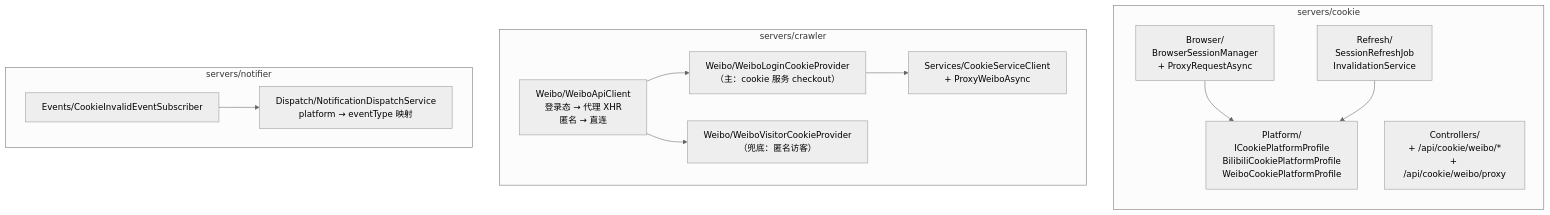
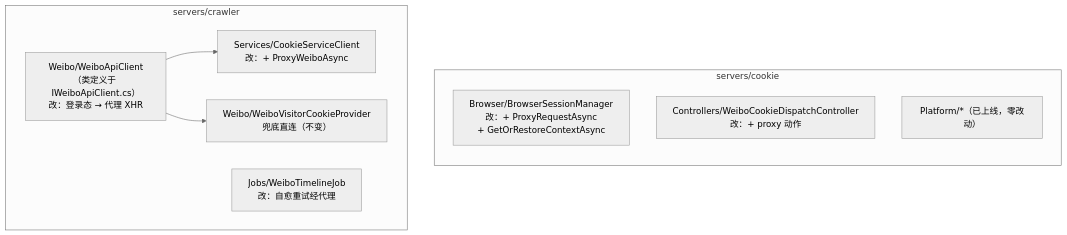
The second of 3 diagrams in docs/engineering/proposals/20260913-proposal-weibo-cookie-crawl.md (Deliay/z-vtuber), drawn with Mermaid (neutral theme) before and after one commit. The commit also changed other lines of this file and 1 other file, not shown here.

First line of the commit message:
docs: revise weibo-cookie-crawl docs to v1.2, scope to proxy xhr increment

````diff
--- a/docs/engineering/proposals/20260913-proposal-weibo-cookie-crawl.md
+++ b/docs/engineering/proposals/20260913-proposal-weibo-cookie-crawl.md
@@ -69,18 +72,14 @@
 ```mermaid
 graph TD
     subgraph servers/cookie
         direction TB
-        P[Platform/<br/>ICookiePlatformProfile<br/>BilibiliCookiePlatformProfile<br/>WeiboCookiePlatformProfile]
-        B[Browser/<br/>BrowserSessionManager<br/>+ ProxyRequestAsync] --> P
-        R[Refresh/<br/>SessionRefreshJob<br/>InvalidationService] --> P
-        CT[Controllers/<br/>+ /api/cookie/weibo/*<br/>+ /api/cookie/weibo/proxy]
+        B[Browser/BrowserSessionManager<br/>改：+ ProxyRequestAsync<br/>+ GetOrRestoreContextAsync]
+        CT[Controllers/WeiboCookieDispatchController<br/>改：+ proxy 动作]
+        P[Platform/*（已上线，零改动）]
     end
     subgraph servers/crawler
-        W1[Weibo/WeiboApiClient<br/>登录态 → 代理 XHR<br/>匿名 → 直连] --> W2[Weibo/WeiboLoginCookieProvider<br/>（主：cookie 服务 checkout）]
-        W1 --> W3[Weibo/WeiboVisitorCookieProvider<br/>（兜底：匿名访客）]
-        W2 --> CS[Services/CookieServiceClient<br/>+ ProxyWeiboAsync]
-    end
-    subgraph servers/notifier
-        E[Events/CookieInvalidEventSubscriber] --> D[Dispatch/NotificationDispatchService<br/>platform → eventType 映射]
+        W1[Weibo/WeiboApiClient<br/>（类定义于 IWeiboApiClient.cs）<br/>改：登录态 → 代理 XHR] --> CS[Services/CookieServiceClient<br/>改：+ ProxyWeiboAsync]
+        W1 --> W3[Weibo/WeiboVisitorCookieProvider<br/>兜底直连（不变）]
+        J[Jobs/WeiboTimelineJob<br/>改：自愈重试经代理]
     end
 ```
````
